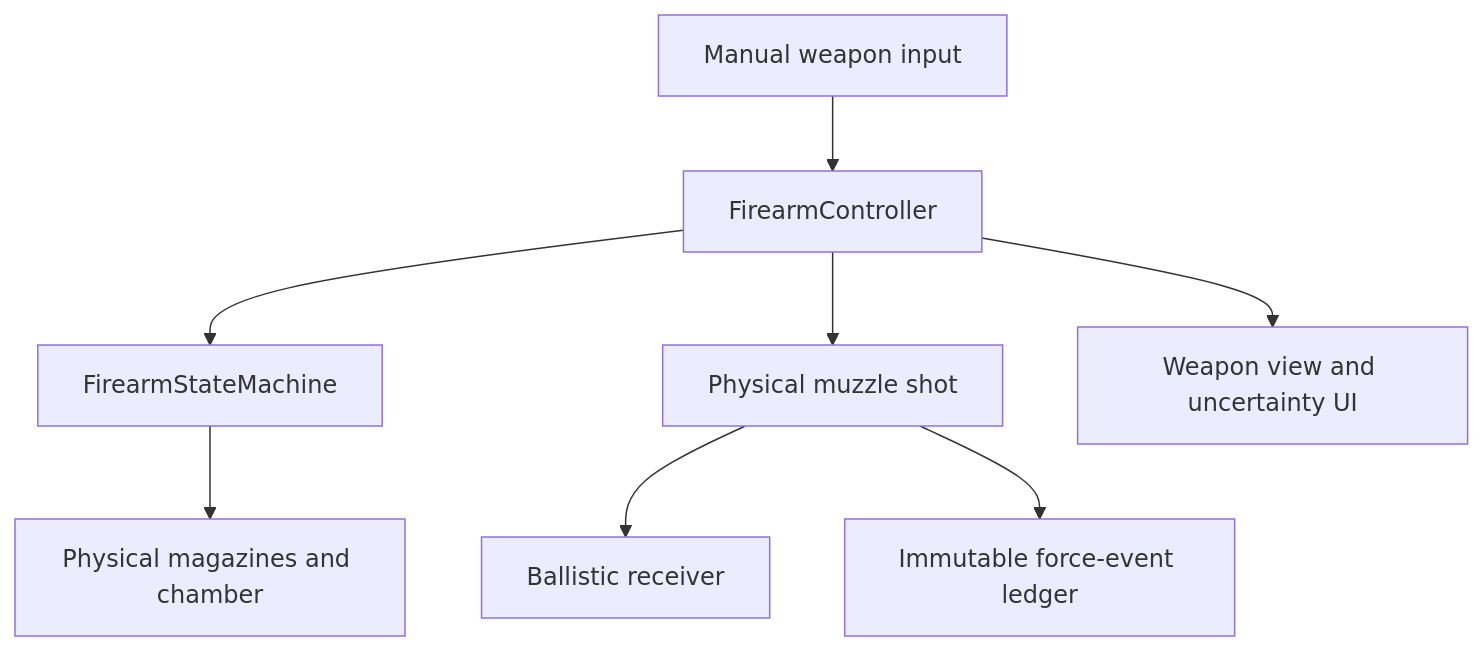
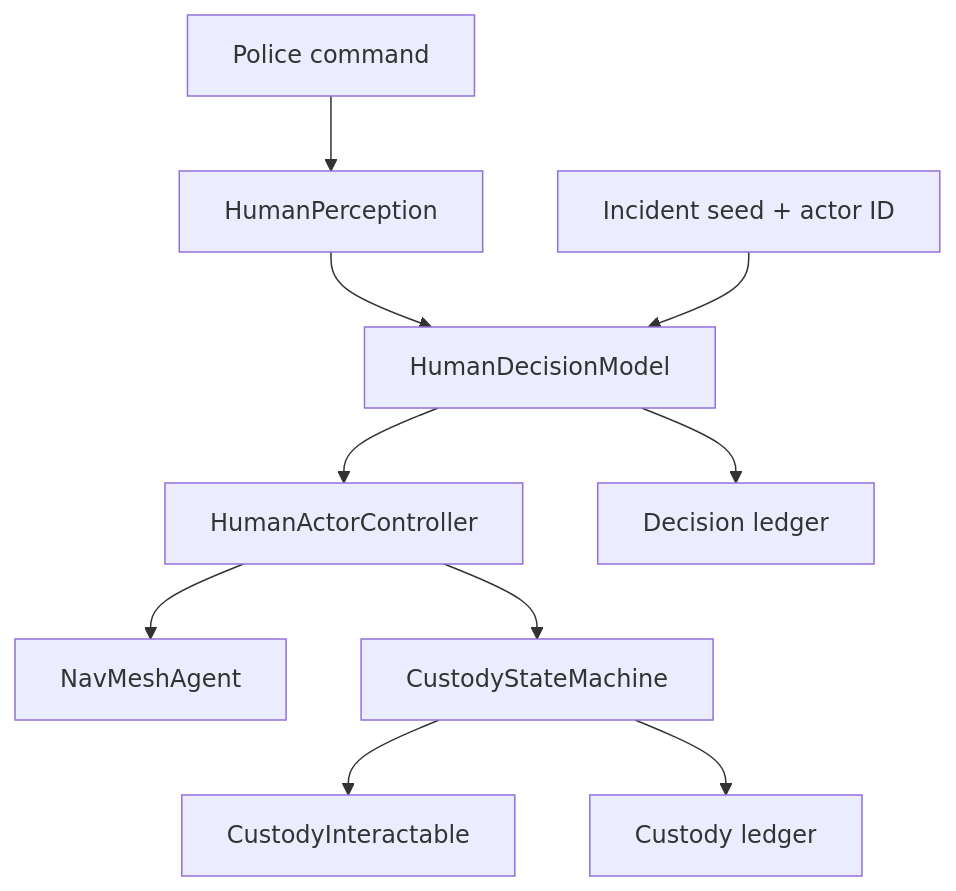
One commit to jaychase464-maker/RoE-v3 changed the first of 2 diagrams in SYSTEM_MAP.md. Above: the diagram before and after it, drawn with Mermaid. The commit also changed other lines of this file and 101 other files, not shown here.

Commit message:
Complete Milestone 3 human behavior and custody prototype

````diff
--- a/SYSTEM_MAP.md
+++ b/SYSTEM_MAP.md
@@ -5,10 +5,12 @@
 ```mermaid
 flowchart TD
-    Input[Manual weapon input] --> Controller[FirearmController]
-    Controller --> State[FirearmStateMachine]
-    State --> Magazines[Physical magazines and chamber]
-    Controller --> Shot[Physical muzzle shot]
-    Shot --> Target[Ballistic receiver]
-    Shot --> Ledger[Immutable force-event ledger]
-    Controller --> View[Weapon view and uncertainty UI]
+    Command[Police command] --> Perception[HumanPerception]
+    Perception --> Decision[HumanDecisionModel]
+    Seed[Incident seed + actor ID] --> Decision
+    Decision --> Behavior[HumanActorController]
+    Behavior --> Navigation[NavMeshAgent]
+    Behavior --> Custody[CustodyStateMachine]
+    Custody --> Interaction[CustodyInteractable]
+    Decision --> DecisionLedger[Decision ledger]
+    Custody --> CustodyLedger[Custody ledger]
 ```
````
